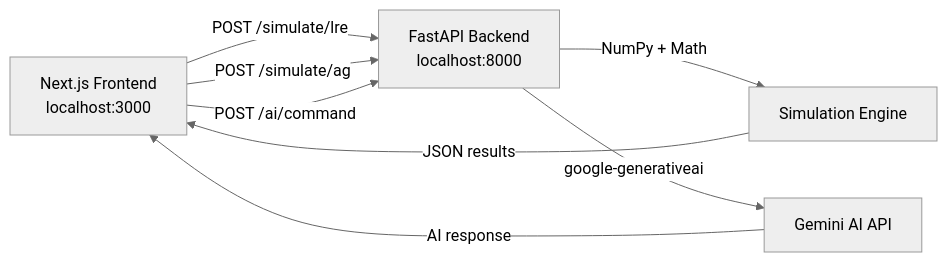
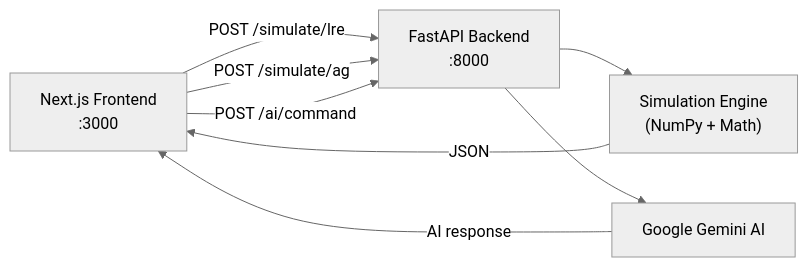
One commit to Souvik-Ghost/rocket-engine-lab changed the diagram in README.md. Above: the diagram before and after it, drawn with Mermaid (neutral theme). The commit also changed other lines of this file, not shown here.

Commit message:
Optimize README: fix formatting, add nav links, collapsible API docs, propellant table

````diff
--- a/README.md
+++ b/README.md
@@ -90,10 +89,10 @@
 ```mermaid
 graph LR
-    A[Next.js Frontend<br/>localhost:3000] -->|POST /simulate/lre| B[FastAPI Backend<br/>localhost:8000]
+    A["Next.js Frontend\n:3000"] -->|POST /simulate/lre| B["FastAPI Backend\n:8000"]
     A -->|POST /simulate/ag| B
     A -->|POST /ai/command| B
-    B -->|NumPy + Math| C[Simulation Engine]
-    B -->|google-generativeai| D[Gemini AI API]
-    C -->|JSON results| A
+    B --> C["Simulation Engine\n(NumPy + Math)"]
+    B --> D["Google Gemini AI"]
+    C -->|JSON| A
     D -->|AI response| A
 ```
````
